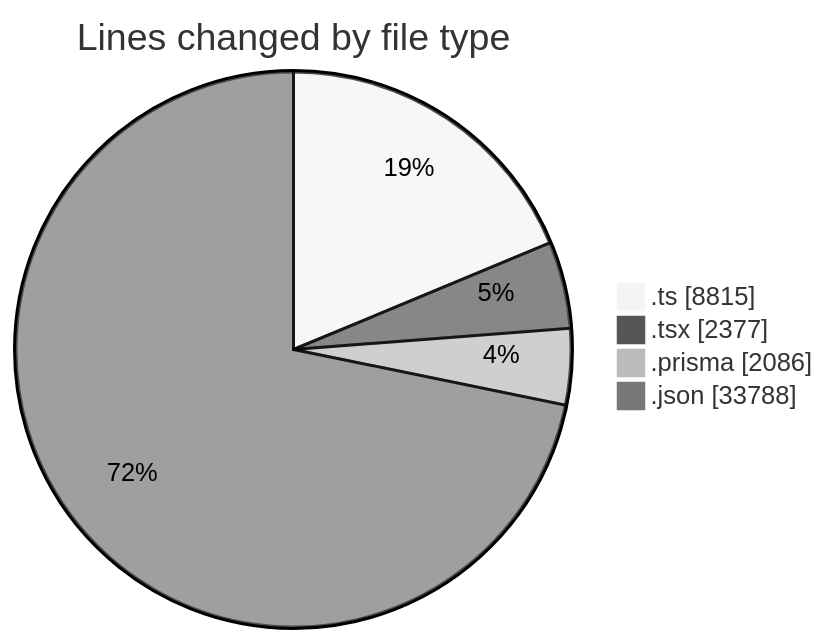
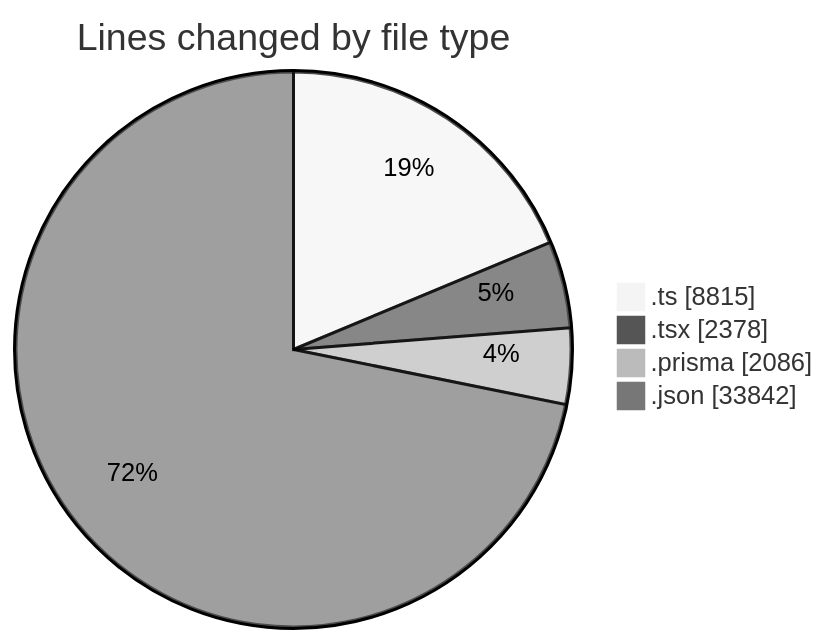
Before and after one commit to CELIANVF/code-tracking: the first of 2 diagrams in 2025-05-19/ecodeli-1/README.md, drawn with Mermaid (neutral theme). The commit also changed other lines of this file and 1 other file, not shown here.

````diff
--- a/2025-05-19/ecodeli-1/README.md
+++ b/2025-05-19/ecodeli-1/README.md
@@ -52,8 +52,8 @@
 ```mermaid
 pie showData
 title Lines changed by file type
 ".ts" : 8815
-".tsx" : 2377
+".tsx" : 2378
 ".prisma" : 2086
-".json" : 33788
+".json" : 33842
 ```
````
